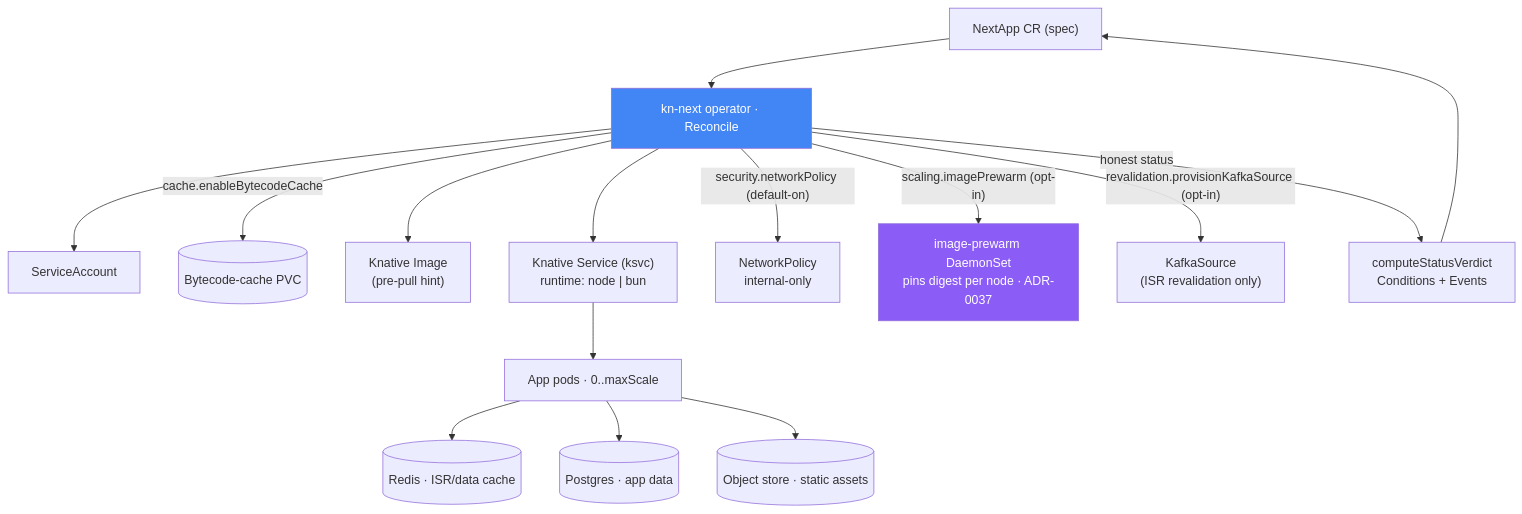
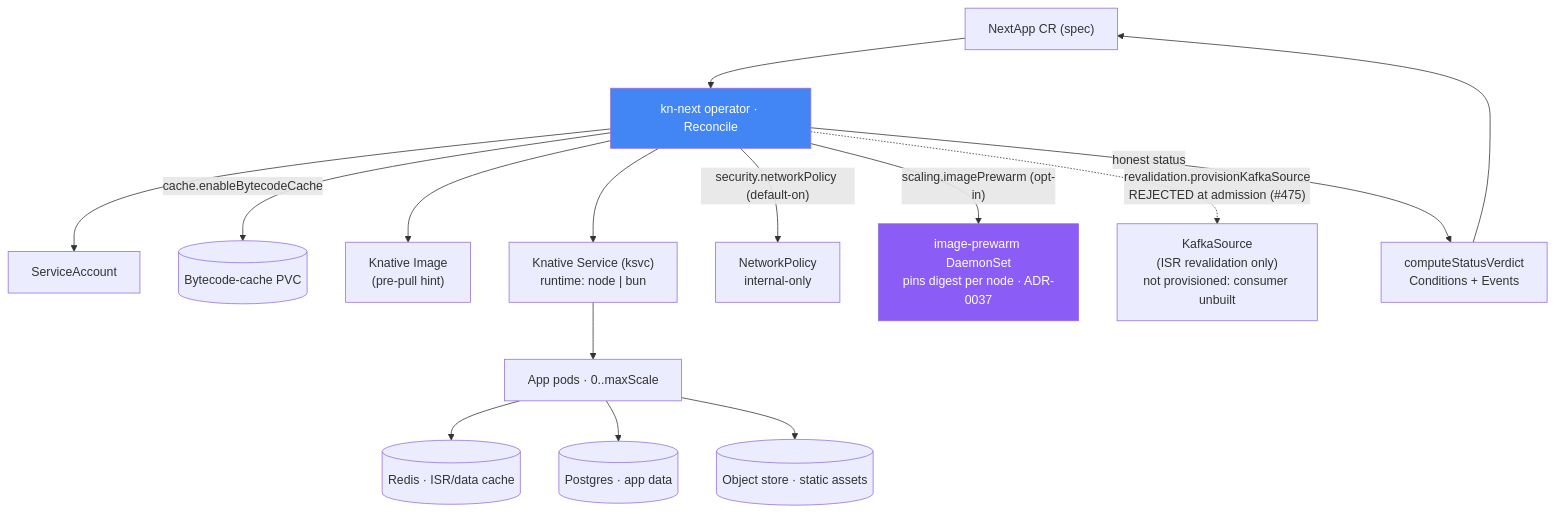
One commit to getknext-dev/knext changed the fifth of 8 diagrams in docs/ARCHITECTURE.md. Above: the diagram before and after it, drawn with Mermaid. The commit also changed 14 other files, not shown here.

````diff
--- a/docs/ARCHITECTURE.md
+++ b/docs/ARCHITECTURE.md
@@ -175,20 +175,20 @@
 ```mermaid
 flowchart TB
     cr["NextApp CR (spec)"] --> op["kn-next operator · Reconcile"]
     op --> sa["ServiceAccount"]
     op -->|"cache.enableBytecodeCache"| pvc[("Bytecode-cache PVC")]
     op --> kimg["Knative Image<br/>(pre-pull hint)"]
     op --> ksvc["Knative Service (ksvc)<br/>runtime: node | bun"]
     op -->|"security.networkPolicy (default-on)"| np["NetworkPolicy<br/>internal-only"]
     op -->|"scaling.imagePrewarm (opt-in)"| ds["image-prewarm DaemonSet<br/>pins digest per node · ADR-0037"]
-    op -->|"revalidation.provisionKafkaSource (opt-in)"| ksrc["KafkaSource<br/>(ISR revalidation only)"]
+    op -.->|"revalidation.provisionKafkaSource<br/>REJECTED at admission (#475)"| ksrc["KafkaSource<br/>(ISR revalidation only)<br/>not provisioned: consumer unbuilt"]
     op -->|"honest status"| verdict["computeStatusVerdict<br/>Conditions + Events"]
     verdict --> cr
     ksvc --> pods["App pods · 0..maxScale"]
     pods --> redis[("Redis · ISR/data cache")]
     pods --> pg[("Postgres · app data")]
     pods --> obj[("Object store · static assets")]
 
     style op fill:#4285f4,color:#fff
     style ds fill:#8b5cf6,color:#fff
 ```
````
